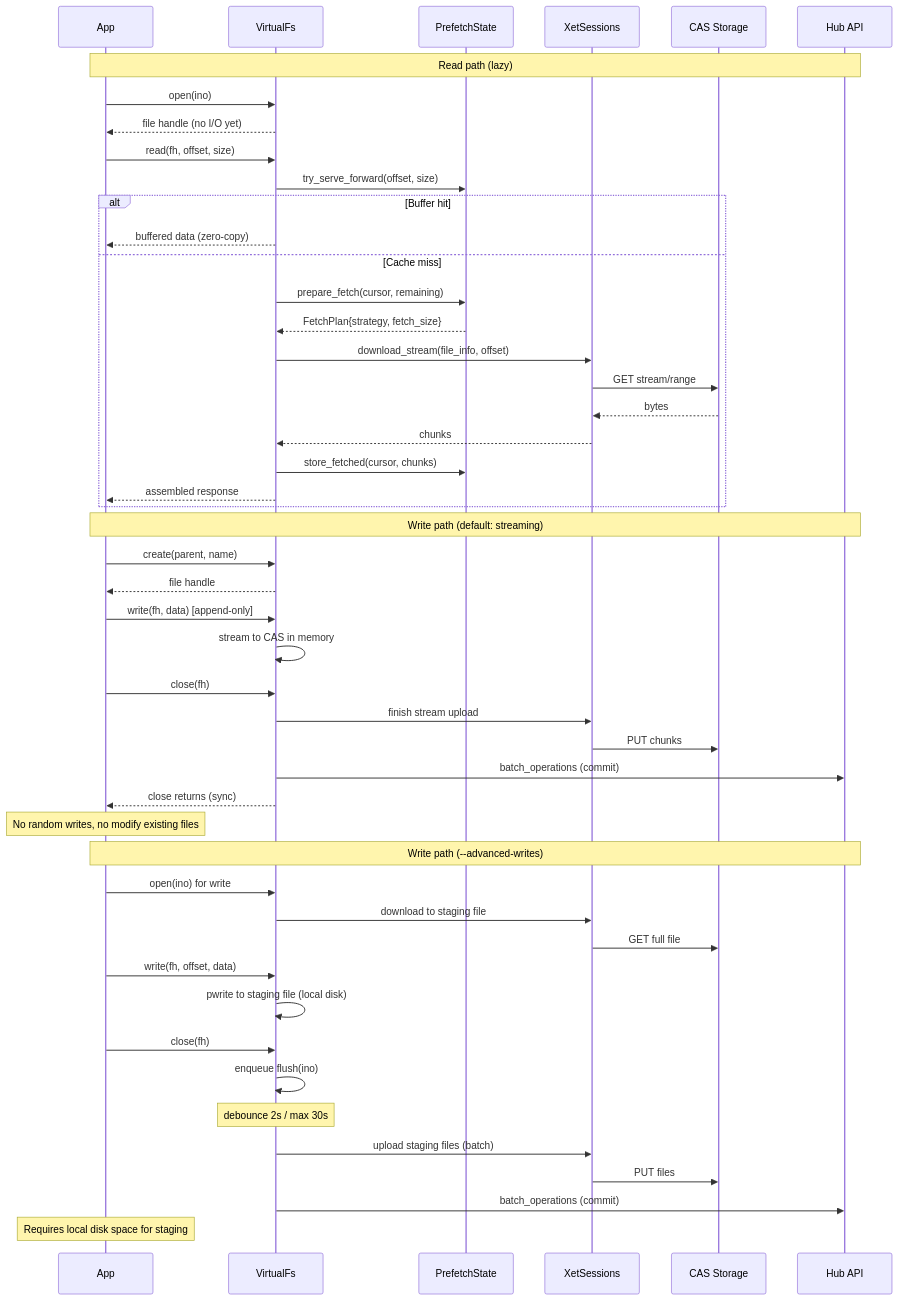
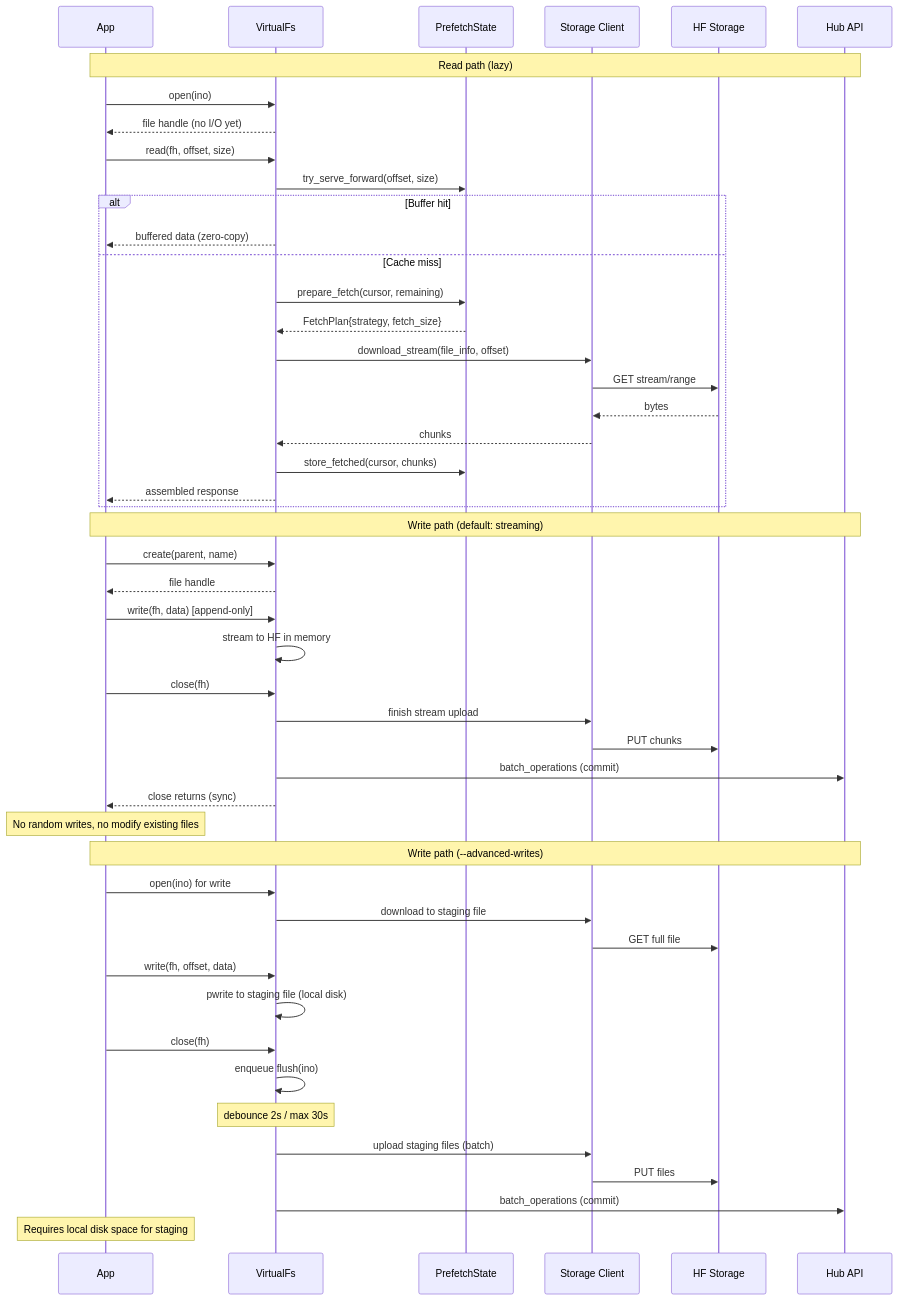
Before and after one commit to huggingface/hf-mount: the second of 2 diagrams in README.md, drawn with Mermaid. The commit also changed other lines of this file, not shown here.

````diff
--- a/README.md
+++ b/README.md
@@ -236,54 +248,54 @@
 ```mermaid
 sequenceDiagram
     participant App
     participant VFS as VirtualFs
     participant PF as PrefetchState
-    participant Xet as XetSessions
-    participant CAS as CAS Storage
+    participant Xet as Storage Client
+    participant HF as HF Storage
     participant Hub as Hub API
 
     Note over App,Hub: Read path (lazy)
     App->>VFS: open(ino)
     VFS-->>App: file handle (no I/O yet)
     App->>VFS: read(fh, offset, size)
     VFS->>PF: try_serve_forward(offset, size)
 
     alt Buffer hit
         VFS-->>App: buffered data (zero-copy)
     else Cache miss
         VFS->>PF: prepare_fetch(cursor, remaining)
         PF-->>VFS: FetchPlan{strategy, fetch_size}
         VFS->>Xet: download_stream(file_info, offset)
-        Xet->>CAS: GET stream/range
-        CAS-->>Xet: bytes
+        Xet->>HF: GET stream/range
+        HF-->>Xet: bytes
         Xet-->>VFS: chunks
         VFS->>PF: store_fetched(cursor, chunks)
         VFS-->>App: assembled response
     end
 
     Note over App,Hub: Write path (default: streaming)
     App->>VFS: create(parent, name)
     VFS-->>App: file handle
     App->>VFS: write(fh, data) [append-only]
-    VFS->>VFS: stream to CAS in memory
+    VFS->>VFS: stream to HF in memory
     App->>VFS: close(fh)
     VFS->>Xet: finish stream upload
-    Xet->>CAS: PUT chunks
+    Xet->>HF: PUT chunks
     VFS->>Hub: batch_operations (commit)
     VFS-->>App: close returns (sync)
     Note over App: No random writes, no modify existing files
 
     Note over App,Hub: Write path (--advanced-writes)
     App->>VFS: open(ino) for write
     VFS->>Xet: download to staging file
-    Xet->>CAS: GET full file
+    Xet->>HF: GET full file
     App->>VFS: write(fh, offset, data)
     VFS->>VFS: pwrite to staging file (local disk)
     App->>VFS: close(fh)
     VFS->>VFS: enqueue flush(ino)
     Note over VFS: debounce 2s / max 30s
     VFS->>Xet: upload staging files (batch)
-    Xet->>CAS: PUT files
+    Xet->>HF: PUT files
     VFS->>Hub: batch_operations (commit)
     Note over App: Requires local disk space for staging
 ```
````
